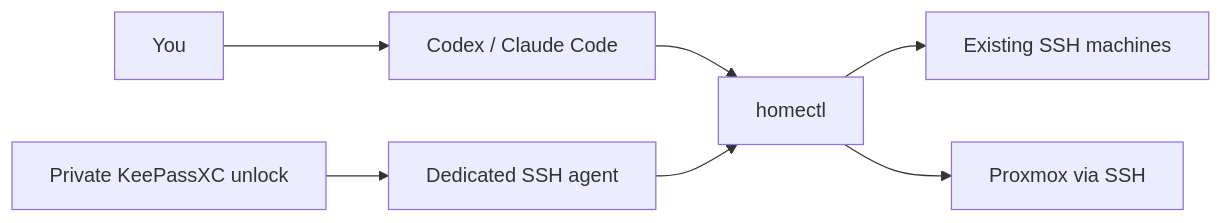
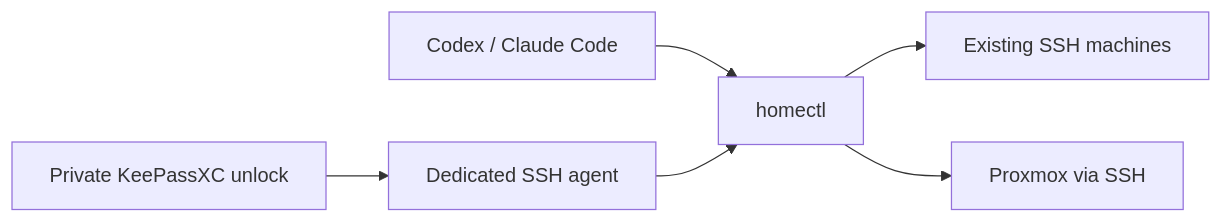
Before and after one commit to Hiosdra/homectl: the diagram in README.md, drawn with Mermaid. The commit also changed other lines of this file, not shown here.

````diff
--- a/README.md
+++ b/README.md
@@ -46,9 +126,8 @@
 ```mermaid
 flowchart LR
-    You[You] --> Agent[Codex / Claude Code]
-    Agent --> CLI[homectl]
+    Agent[Codex / Claude Code] --> CLI[homectl]
     CLI --> Hosts[Existing SSH machines]
     CLI --> PVE[Proxmox via SSH]
     Vault[Private KeePassXC unlock] --> Keys[Dedicated SSH agent]
     Keys --> CLI
 ```
````
